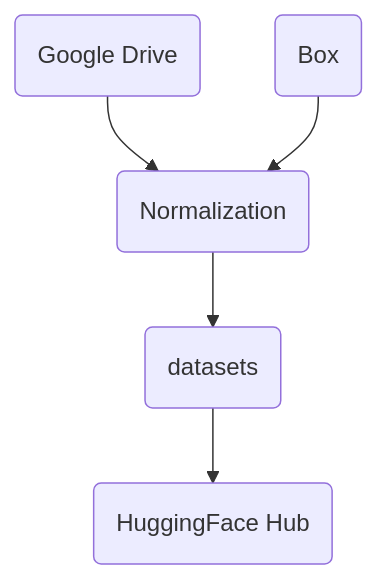
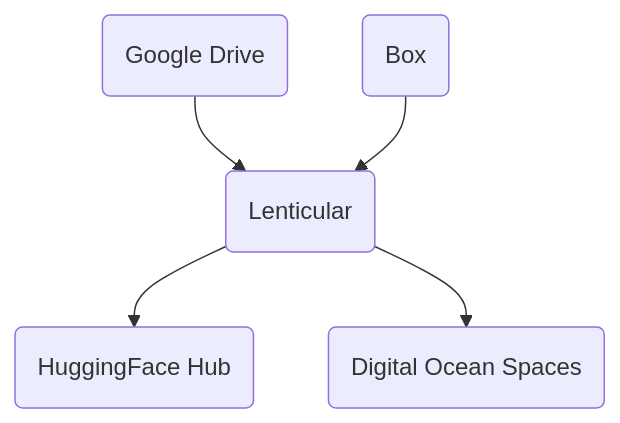
The first of 2 diagrams in docs/workflow.md (apjanco/lenticular), drawn with Mermaid before and after one commit. The commit also changed 1 other file, not shown here.

Commit message:
end of day

````diff
--- a/docs/workflow.md
+++ b/docs/workflow.md
@@ -6,7 +6,7 @@
 ```mermaid
 flowchart TB
-    a("Google Drive") --> b("Normalization")
-    e("Box")--> b("Normalization")
-    b("Normalization") --> c("datasets")
-    c("datasets") --> d("HuggingFace Hub")
+    a("Google Drive") --> b("Lenticular")
+    e("Box")--> b("Lenticular")
+    b("Lenticular") --> c("HuggingFace Hub")
+    b("Lenticular") --> d("Digital Ocean Spaces")
 ```
````
